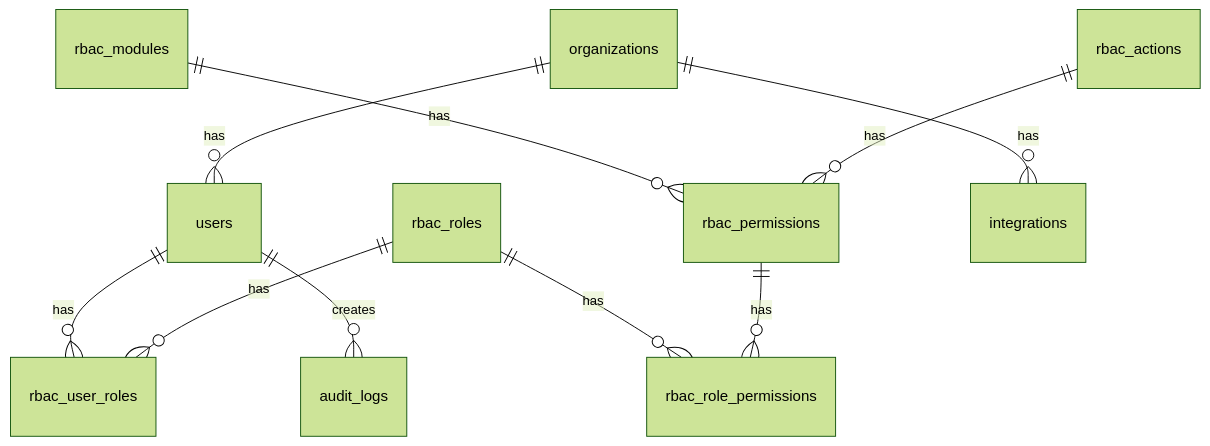
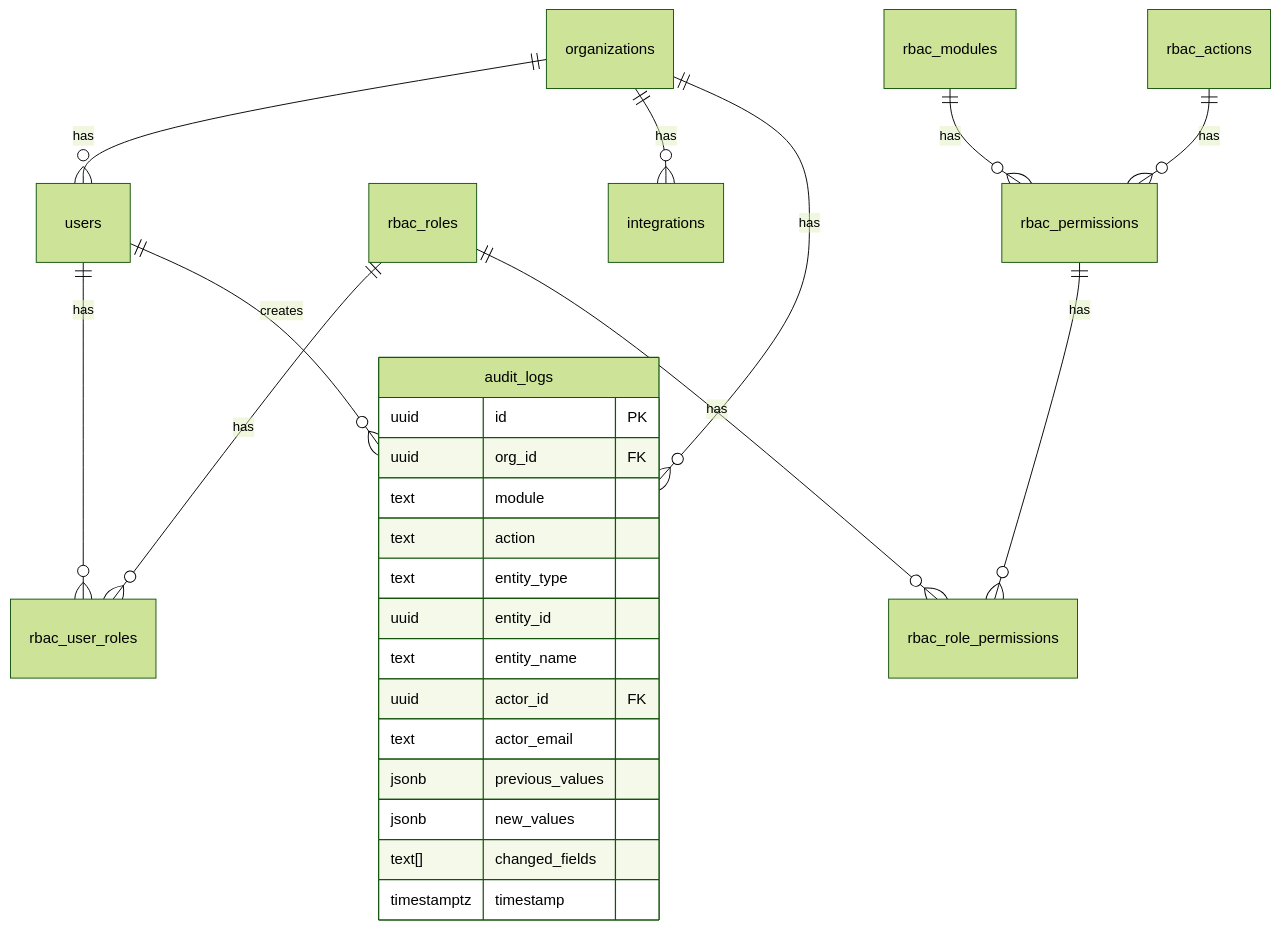
One commit to stellarsoft-tech/IdaraOS changed the tenth of 10 diagrams in docs/modules/settings/architecture.md. Above: the diagram before and after it, drawn with Mermaid (forest theme). The commit also changed other lines of this file and 29 other files, not shown here.

````diff
--- a/docs/modules/settings/architecture.md
+++ b/docs/modules/settings/architecture.md
@@ -463,12 +578,29 @@
 ```mermaid
 erDiagram
     organizations ||--o{ users : has
     users ||--o{ rbac_user_roles : has
     rbac_roles ||--o{ rbac_user_roles : has
     rbac_roles ||--o{ rbac_role_permissions : has
     rbac_permissions ||--o{ rbac_role_permissions : has
     rbac_modules ||--o{ rbac_permissions : has
     rbac_actions ||--o{ rbac_permissions : has
     organizations ||--o{ integrations : has
+    organizations ||--o{ audit_logs : has
     users ||--o{ audit_logs : creates
+    
+    audit_logs {
+        uuid id PK
+        uuid org_id FK
+        text module
+        text action
+        text entity_type
+        uuid entity_id
+        text entity_name
+        uuid actor_id FK
+        text actor_email
+        jsonb previous_values
+        jsonb new_values
+        text[] changed_fields
+        timestamptz timestamp
+    }
 ```
````
